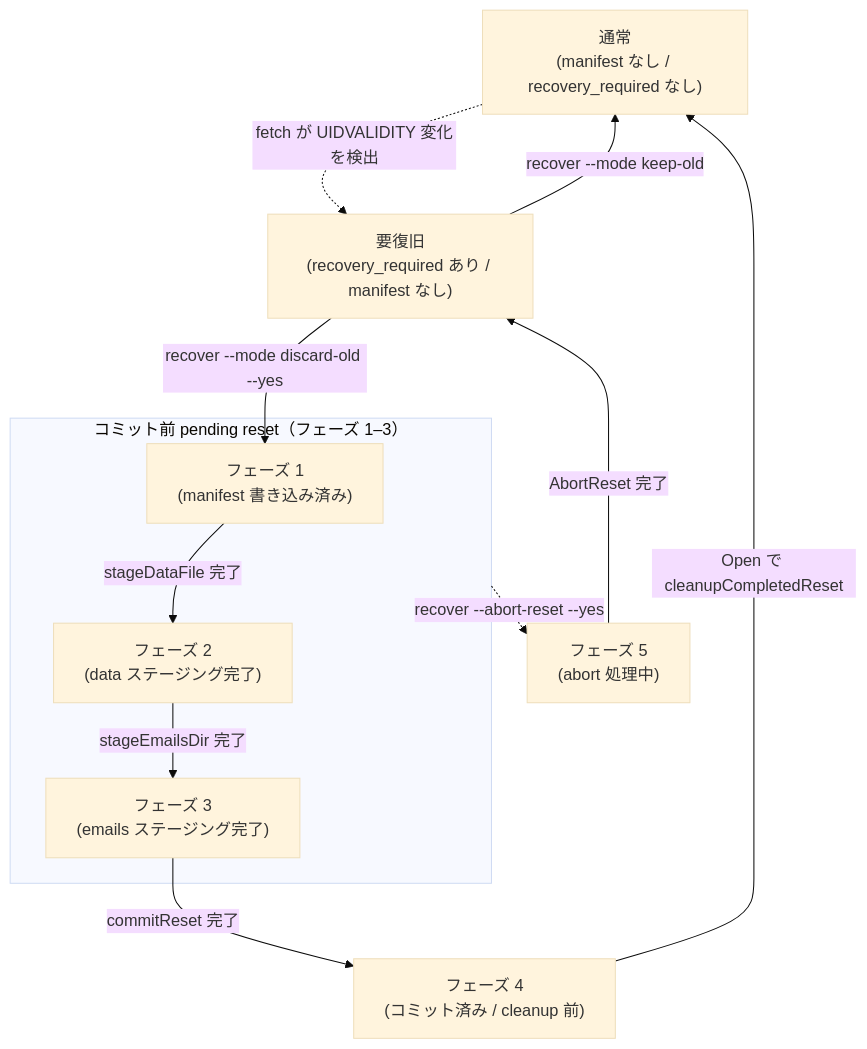
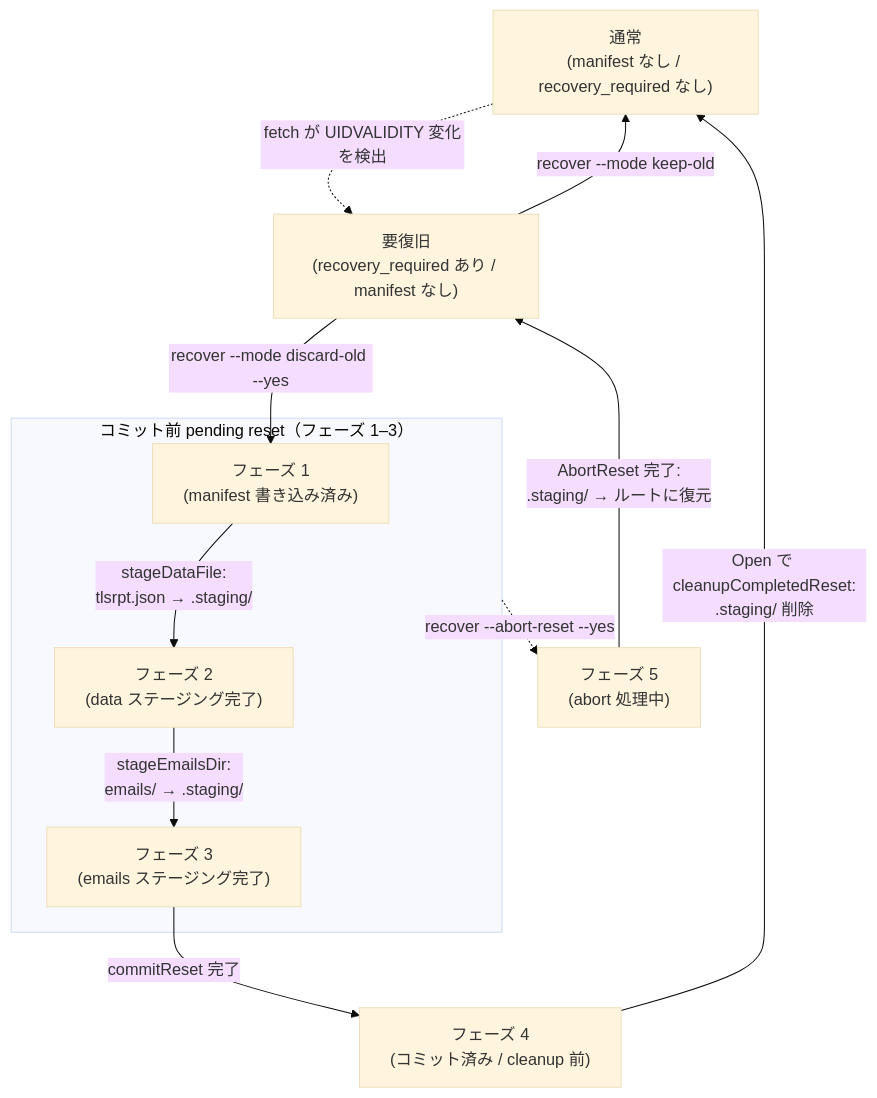
The diagram in docs/dev/adr/0003_reset_phase_design.ja.md (isseis/tlsrpt-digest), drawn with Mermaid (base theme) before and after one commit. The commit also changed other lines of this file, not shown here.

First line of the commit message:
docs(adr): document staging directory concept, file layout table, and diagram labels

````diff
--- a/docs/dev/adr/0003_reset_phase_design.ja.md
+++ b/docs/dev/adr/0003_reset_phase_design.ja.md
@@ -57,23 +73,23 @@
 ```mermaid
 flowchart TD
     Normal["通常<br>(manifest なし / recovery_required なし)"]
     RR["要復旧<br>(recovery_required あり / manifest なし)"]
     P4["フェーズ 4<br>(コミット済み / cleanup 前)"]
     P5["フェーズ 5<br>(abort 処理中)"]
 
     subgraph PendingReset["コミット前 pending reset（フェーズ 1–3）"]
         P1["フェーズ 1<br>(manifest 書き込み済み)"]
         P2["フェーズ 2<br>(data ステージング完了)"]
         P3["フェーズ 3<br>(emails ステージング完了)"]
     end
 
     Normal -.->|"fetch が UIDVALIDITY 変化を検出"| RR
     RR -->|"recover --mode keep-old"| Normal
     RR -->|"recover --mode discard-old --yes"| P1
-    P1 -->|"stageDataFile 完了"| P2
-    P2 -->|"stageEmailsDir 完了"| P3
+    P1 -->|"stageDataFile:<br>tlsrpt.json → .staging/"| P2
+    P2 -->|"stageEmailsDir:<br>emails/ → .staging/"| P3
     P3 -->|"commitReset 完了"| P4
-    P4 -->|"Open で cleanupCompletedReset"| Normal
+    P4 -->|"Open で cleanupCompletedReset:<br>.staging/ 削除"| Normal
     PendingReset -.->|"recover --abort-reset --yes"| P5
-    P5 -->|"AbortReset 完了"| RR
+    P5 -->|"AbortReset 完了:<br>.staging/ → ルートに復元"| RR
 ```
````
